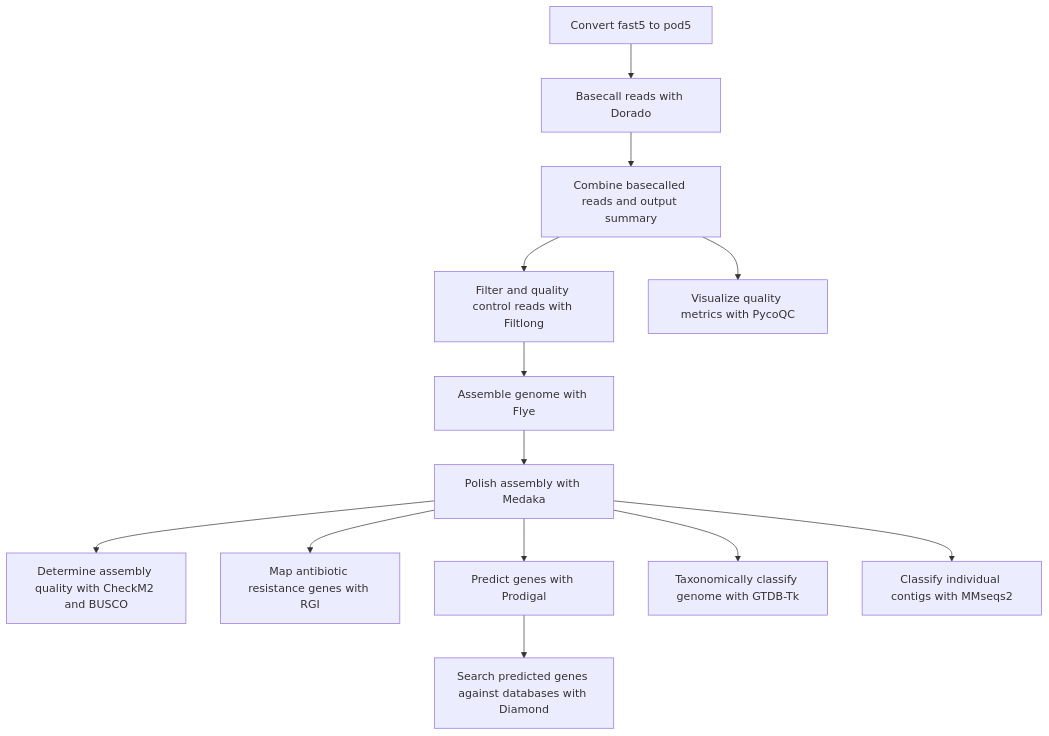
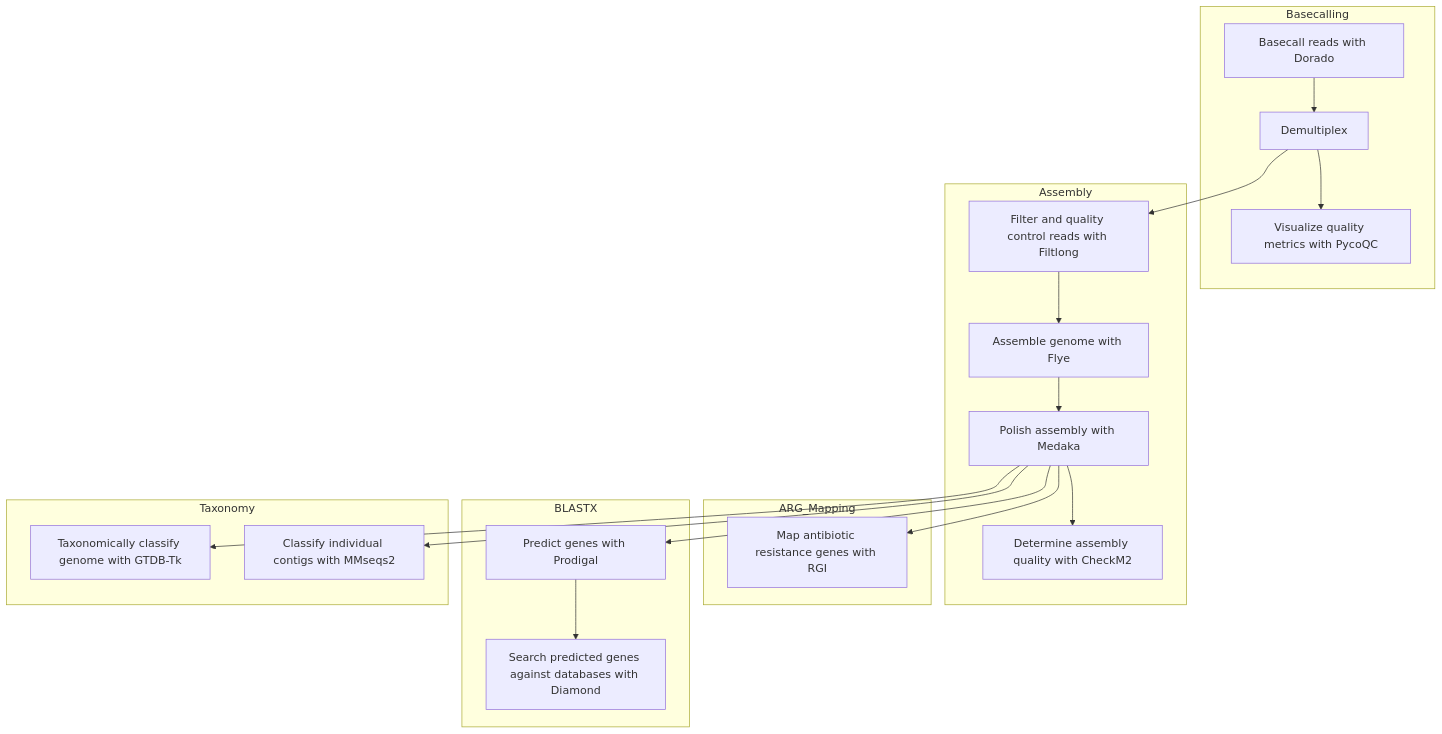
Before and after one commit to mnyt-aqw/Ultra-Turbo-Pipeline: the diagram in README.md, drawn with Mermaid. The commit also changed other lines of this file and 1 other file, not shown here.

````diff
--- a/README.md
+++ b/README.md
@@ -67,15 +105,42 @@
 ``` mermaid
 graph TD
-    A[Convert fast5 to pod5] --> B[Basecall reads with Dorado]
-    B --> C[Combine basecalled reads and output summary]
-    C --> D[Filter and quality control reads with Filtlong]
-    C --> E[Visualize quality metrics with PycoQC]
-    D --> F[Assemble genome with Flye]
-    F --> G[Polish assembly with Medaka]
-    G --> H[Determine assembly quality with CheckM2 and BUSCO]
-    G --> I[Map antibiotic resistance genes with RGI]
-    G --> J[Predict genes with Prodigal]
-    J --> K[Search predicted genes against databases with Diamond]
-    G --> L[Taxonomically classify genome with GTDB-Tk]
-    G --> M[Classify individual contigs with MMseqs2]
+    C[Basecall reads with Dorado]
+    C --> D[Demultiplex]
+    D --> E[Filter and quality control reads with Filtlong]
+    D --> F[Visualize quality metrics with PycoQC]
+    E --> G[Assemble genome with Flye]
+    G --> H[Polish assembly with Medaka]
+    H --> I[Determine assembly quality with CheckM2]
+    H --> J[Map antibiotic resistance genes with RGI]
+    H --> K[Predict genes with Prodigal]
+    K --> L[Search predicted genes against databases with Diamond]
+    H --> M[Taxonomically classify genome with GTDB-Tk]
+    H --> N[Classify individual contigs with MMseqs2]
+
+    subgraph Basecalling
+        C
+        D
+        F
+    end
+
+    subgraph Assembly
+        E
+        G
+        H
+        I
+    end
+
+    subgraph ARG_Mapping
+        J
+    end
+
+    subgraph BLASTX
+        K
+        L
+    end
+
+    subgraph Taxonomy
+        M
+        N
+    end
 ```
````
